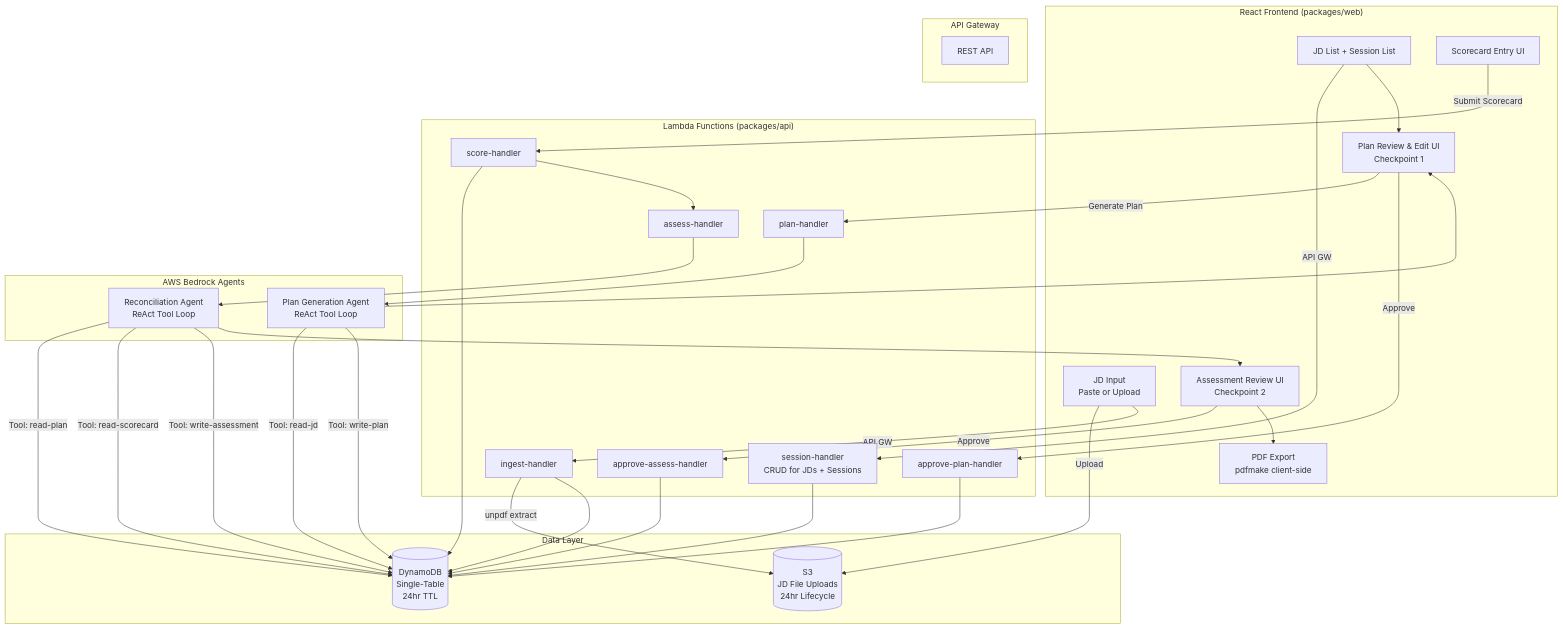
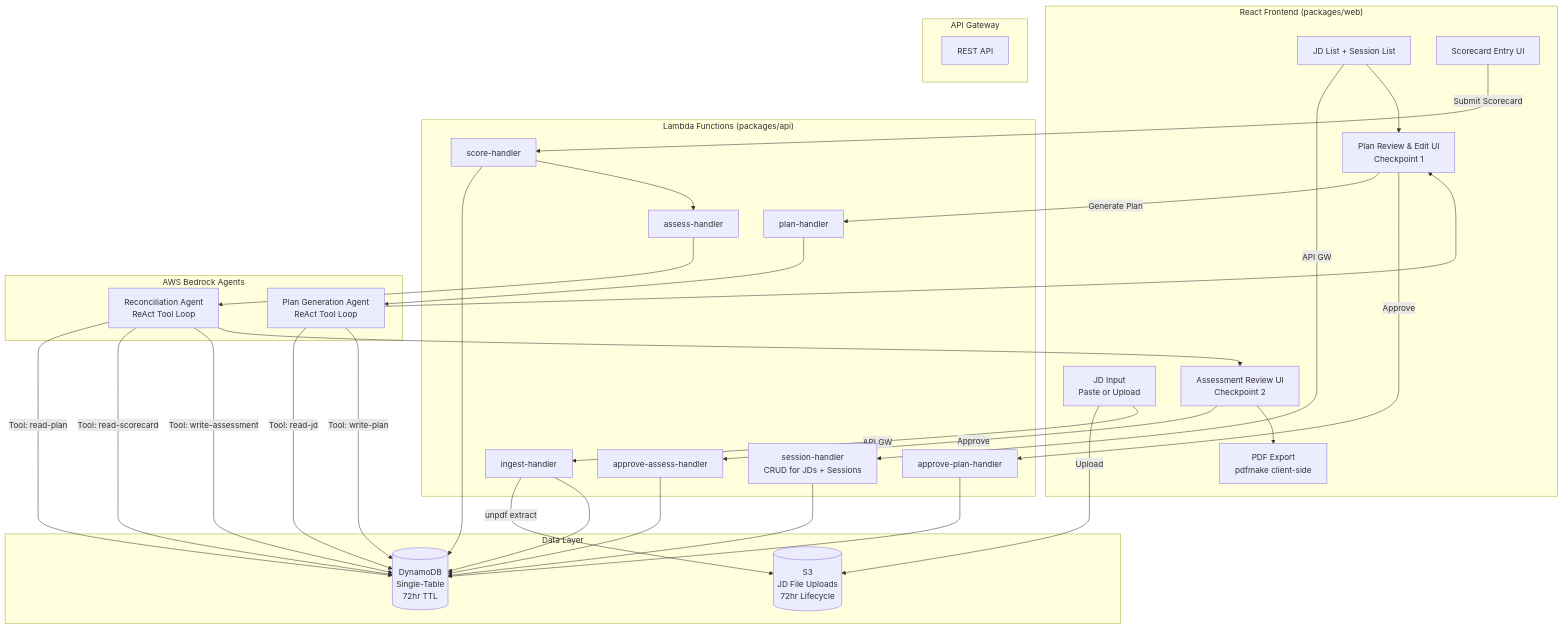
The first of 2 diagrams in docs/PROJECT_OVERVIEW.md (mwarman/interview-forge), drawn with Mermaid before and after one commit. The commit also changed other lines of this file and 10 other files, not shown here.

First line of the commit message:
M1-03 define dynamodb single table cdk construct (#52)

````diff
--- a/docs/PROJECT_OVERVIEW.md
+++ b/docs/PROJECT_OVERVIEW.md
@@ -105,61 +106,61 @@
 ```mermaid
 flowchart TD
     subgraph Web["React Frontend (packages/web)"]
         A[JD Input\nPaste or Upload]
         B[JD List + Session List]
         C[Plan Review & Edit UI\nCheckpoint 1]
         D[Scorecard Entry UI]
         E[Assessment Review UI\nCheckpoint 2]
         F[PDF Export\npdfmake client-side]
     end
 
     subgraph APIGW["API Gateway"]
         GW[REST API]
     end
 
     subgraph Lambda["Lambda Functions (packages/api)"]
         L1[ingest-handler]
         L2[plan-handler]
         L3[approve-plan-handler]
         L4[score-handler]
         L5[assess-handler]
         L6[approve-assess-handler]
         L7[session-handler\nCRUD for JDs + Sessions]
     end
 
     subgraph Agent["AWS Bedrock Agents"]
         AG1[Plan Generation Agent\nReAct Tool Loop]
         AG2[Reconciliation Agent\nReAct Tool Loop]
     end
 
     subgraph Data["Data Layer"]
-        DB[(DynamoDB\nSingle-Table\n24hr TTL)]
-        S3[(S3\nJD File Uploads\n24hr Lifecycle)]
+        DB[(DynamoDB\nSingle-Table\n72hr TTL)]
+        S3[(S3\nJD File Uploads\n72hr Lifecycle)]
     end
 
     A -->|Upload| S3
     A -->|API GW| L1
     L1 -->|unpdf extract| S3
     L1 --> DB
     B -->|API GW| L7
     L7 --> DB
     B --> C
     C -->|Generate Plan| L2
     L2 --> AG1
     AG1 -->|Tool: read-jd| DB
     AG1 -->|Tool: write-plan| DB
     AG1 --> C
     C -->|Approve| L3
     L3 --> DB
     D -->|Submit Scorecard| L4
     L4 --> DB
     L4 --> L5
     L5 --> AG2
     AG2 -->|Tool: read-plan| DB
     AG2 -->|Tool: read-scorecard| DB
     AG2 -->|Tool: write-assessment| DB
     AG2 --> E
     E -->|Approve| L6
     L6 --> DB
     E --> F
 ```
````
